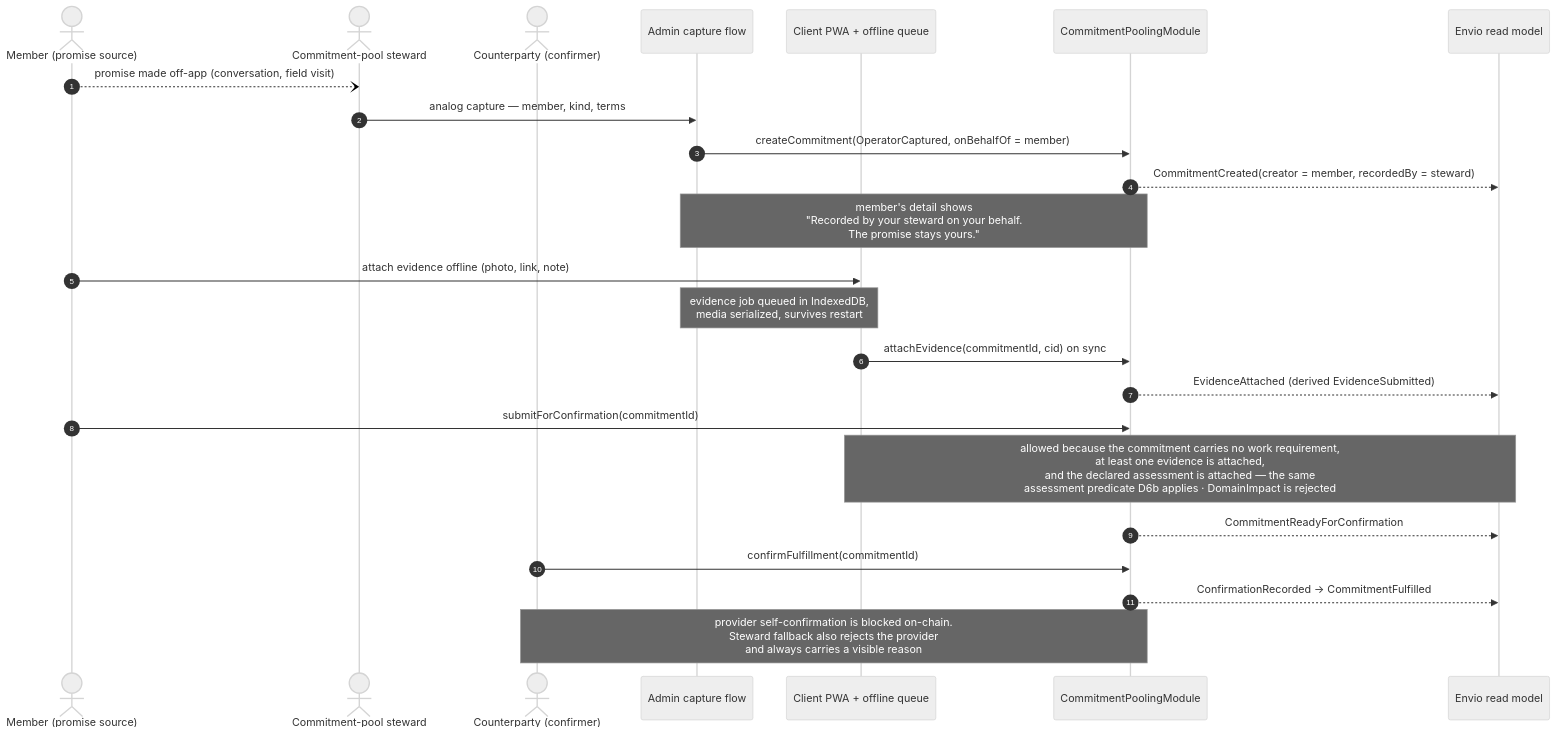
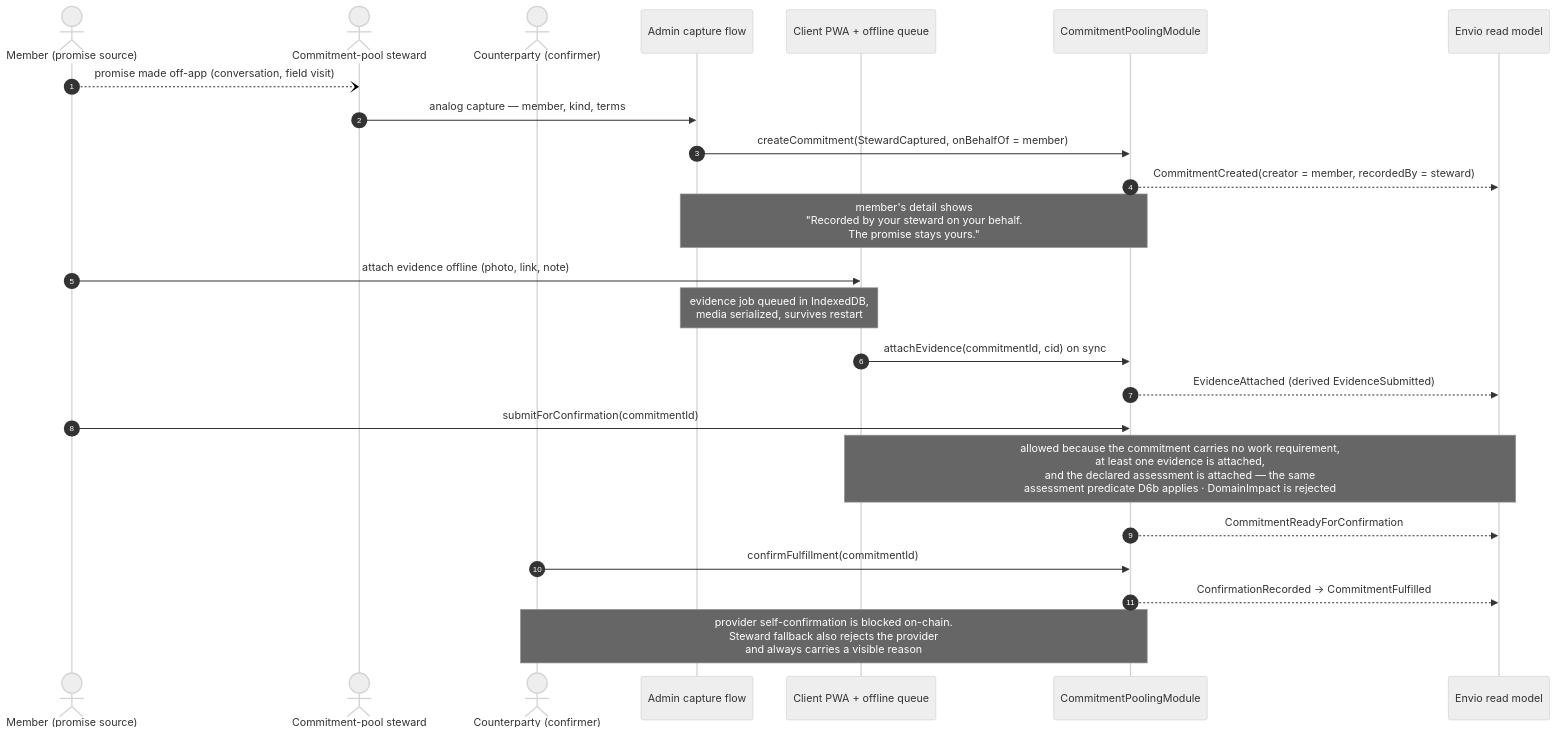
The seventh of 32 diagrams in .plans/active/commitment-pooling/diagrams.md (greenpill-dev-guild/green-goods), drawn with Mermaid (neutral theme) before and after one commit. The commit also changed other lines of this file and 31 other files, not shown here.

Commit message:
docs(shared): rename operator-captured commitments to steward-captured

````diff
--- a/.plans/active/commitment-pooling/diagrams.md
+++ b/.plans/active/commitment-pooling/diagrams.md
@@ -404,27 +404,27 @@
 ```mermaid
 sequenceDiagram
   autonumber
   actor MEM as Member (promise source)
   actor OP as Commitment-pool steward
   actor CP as Counterparty (confirmer)
   participant ADM as Admin capture flow
   participant PWA as Client PWA + offline queue
   participant M as CommitmentPoolingModule
   participant IDX as Envio read model
 
   MEM--)OP: promise made off-app (conversation, field visit)
   OP->>ADM: analog capture — member, kind, terms
-  ADM->>M: createCommitment(OperatorCaptured, onBehalfOf = member)
+  ADM->>M: createCommitment(StewardCaptured, onBehalfOf = member)
   M-->>IDX: CommitmentCreated(creator = member, recordedBy = steward)
   Note over ADM,M: member's detail shows<br/>"Recorded by your steward on your behalf.<br/>The promise stays yours."
   MEM->>PWA: attach evidence offline (photo, link, note)
   Note over ADM,PWA: evidence job queued in IndexedDB,<br/>media serialized, survives restart
   PWA->>M: attachEvidence(commitmentId, cid) on sync
   M-->>IDX: EvidenceAttached (derived EvidenceSubmitted)
   MEM->>M: submitForConfirmation(commitmentId)
   Note over PWA,IDX: allowed because the commitment carries no work requirement,<br/>at least one evidence is attached,<br/>and the declared assessment is attached — the same<br/>assessment predicate D6b applies · DomainImpact is rejected
   M-->>IDX: CommitmentReadyForConfirmation
   CP->>M: confirmFulfillment(commitmentId)
   M-->>IDX: ConfirmationRecorded → CommitmentFulfilled
   Note over CP,M: provider self-confirmation is blocked on-chain.<br/>Steward fallback also rejects the provider<br/>and always carries a visible reason
 ```
````
